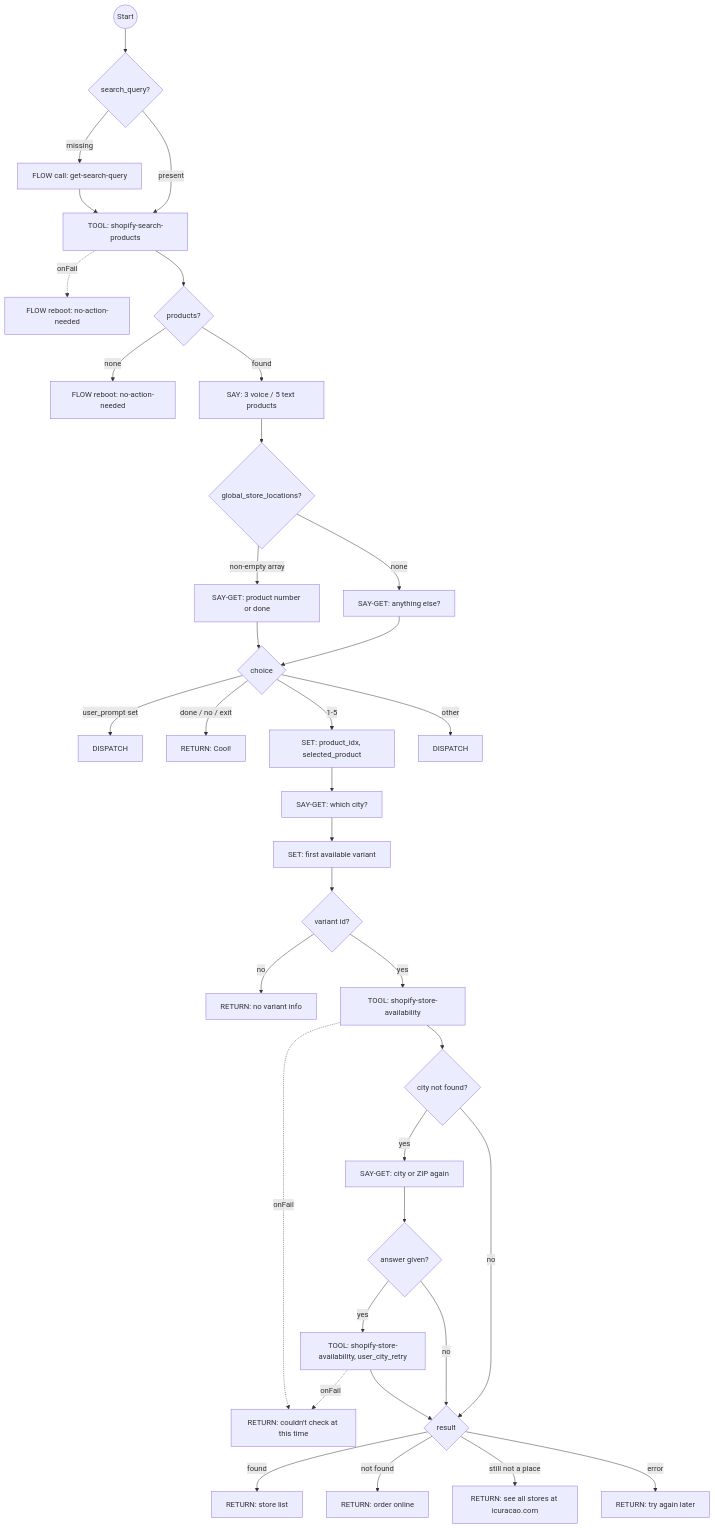
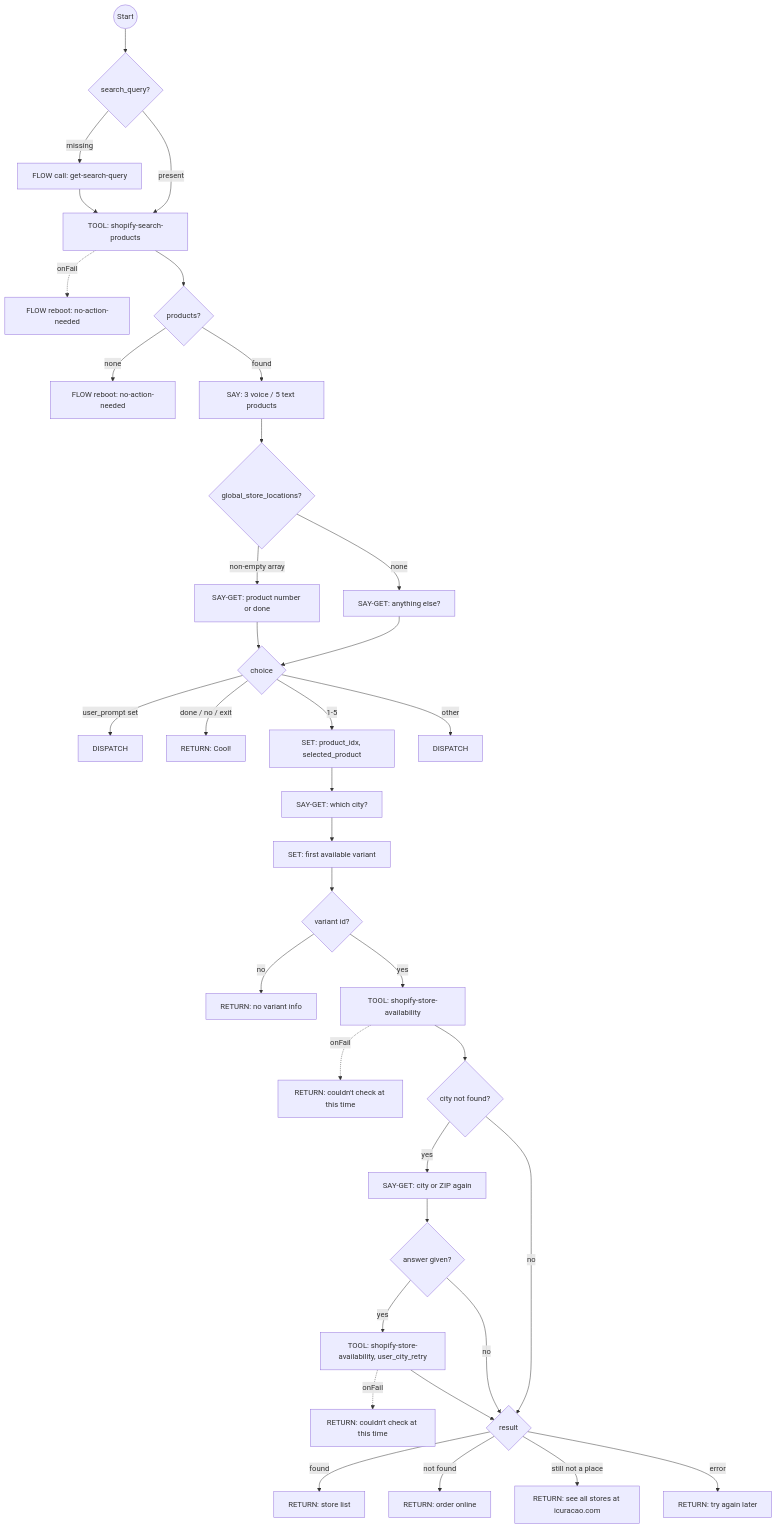
One commit to ronpinkas/jsfe changed the first of 6 diagrams in docs/shopify-flows.md. Above: the diagram before and after it, drawn with Mermaid. The commit also changed other lines of this file and 3 other files, not shown here.

Commit message:
flows and docs: synced from prod (AIDevelopment b38f854, v1.94.0): last4 in the system flows, contact text without a doubled period (contact-support, live-agent-requested), renamed duplicate step ids, dead variables removed; versions

````diff
--- a/docs/shopify-flows.md
+++ b/docs/shopify-flows.md
@@ -78,38 +78,38 @@
 ```mermaid
 graph TD
     start((Start)) --> has_query{search_query?}
     has_query -->|missing| ask_for_search_query[FLOW call: get-search-query]
     has_query -->|present| search_products
     ask_for_search_query --> search_products[TOOL: shopify-search-products]
     search_products -.->|onFail| search_failed[FLOW reboot: no-action-needed]
     search_products --> display_results{products?}
     display_results -->|none| no_results[FLOW reboot: no-action-needed]
     display_results -->|found| show_results[SAY: 3 voice / 5 text products]
     show_results --> stores{global_store_locations?}
     stores -->|non-empty array| ask_store_check[SAY-GET: product number or done]
     stores -->|none| all_done[SAY-GET: anything else?]
     ask_store_check --> choice{choice}
     all_done --> choice
     choice -->|user_prompt set| no_choice_made[DISPATCH]
     choice -->|done / no / exit| end_search[RETURN: Cool!]
     choice -->|1-5| set_product_idx[SET: product_idx, selected_product]
     choice -->|other| invalid_choice[DISPATCH]
     set_product_idx --> ask_city[SAY-GET: which city?]
     ask_city --> set_selected_variant[SET: first available variant]
     set_selected_variant --> check_variant_valid{variant id?}
     check_variant_valid -->|no| no_variants[RETURN: no variant info]
     check_variant_valid -->|yes| lookup[TOOL: shopify-store-availability]
     lookup -.->|onFail| availability_failed[RETURN: couldn't check at this time]
     lookup --> geocode_failed{city not found?}
     geocode_failed -->|yes| ask_city_again[SAY-GET: city or ZIP again]
     ask_city_again --> retry_answer{answer given?}
     retry_answer -->|yes| lookup_retry[TOOL: shopify-store-availability, user_city_retry]
     retry_answer -->|no| display_availability
-    lookup_retry -.->|onFail| availability_failed
+    lookup_retry -.->|onFail| availability_retry_failed[RETURN: couldn't check at this time]
     lookup_retry --> display_availability
     geocode_failed -->|no| display_availability{result}
     display_availability -->|found| show_stores[RETURN: store list]
     display_availability -->|not found| no_stock[RETURN: order online]
     display_availability -->|still not a place| still_not_a_place[RETURN: see all stores at icuracao.com]
     display_availability -->|error| availability_error[RETURN: try again later]
 ```
````
